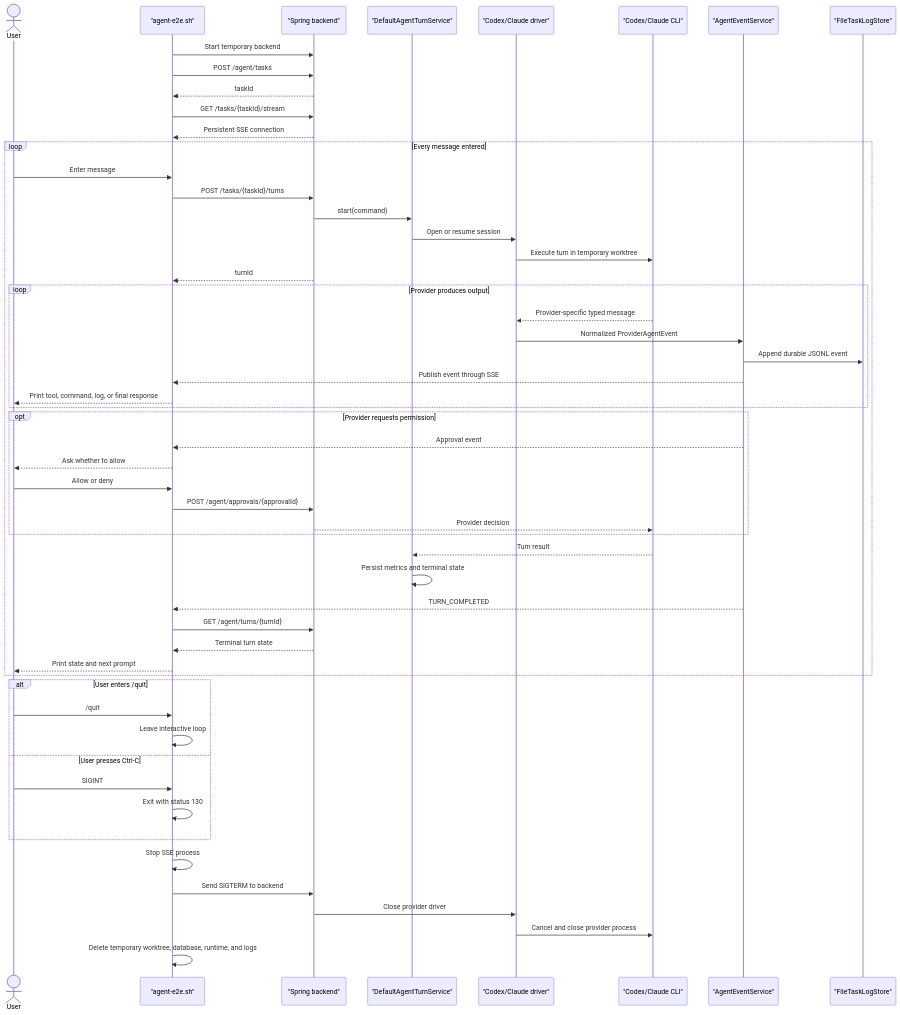
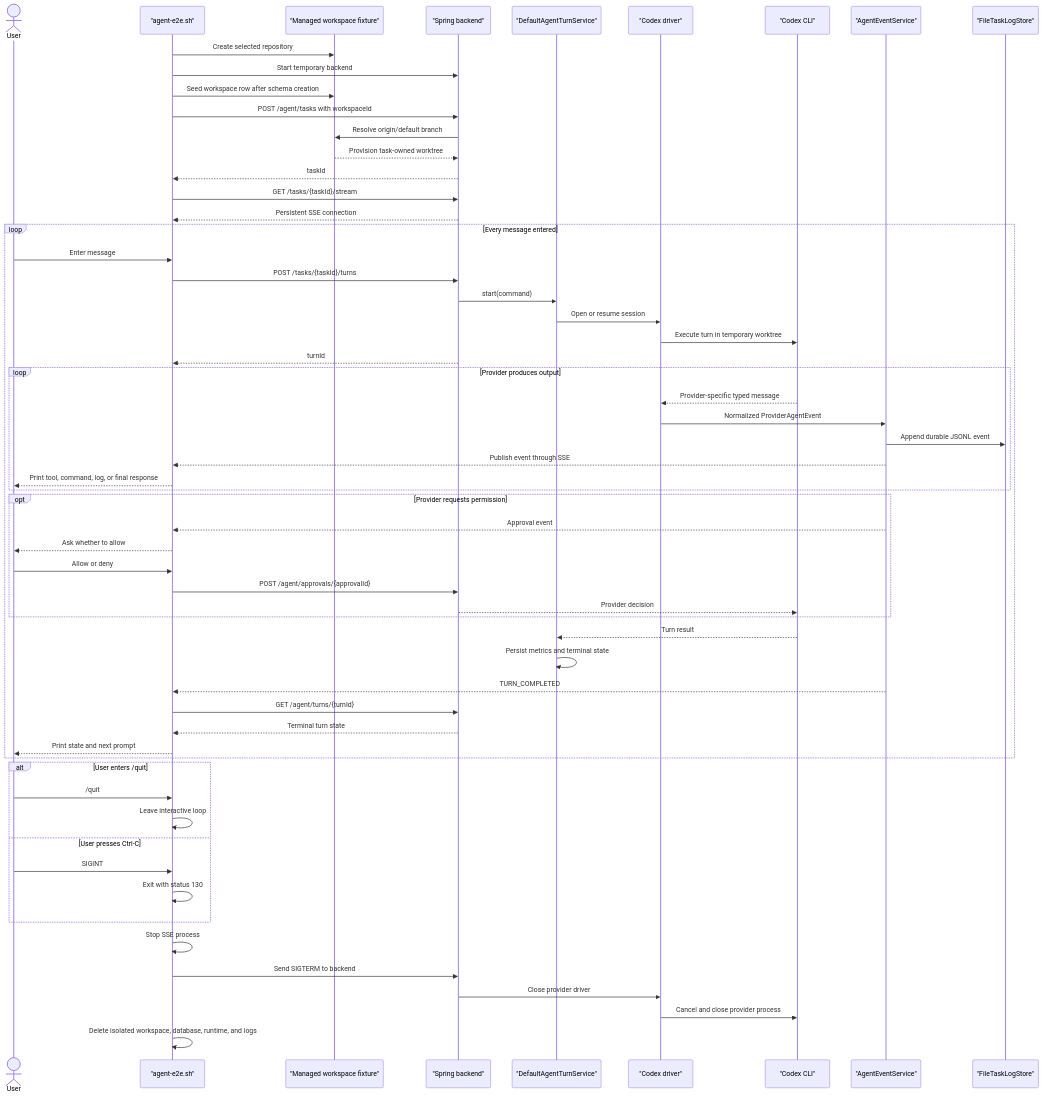
Before and after one commit to bytequay/bytequay: the diagram in docs/design/agent-e2e.md, drawn with Mermaid. The commit also changed other lines of this file and 23 other files, not shown here.

First line of the commit message:
Activate workspace-owned agent tasks

````diff
--- a/docs/design/agent-e2e.md
+++ b/docs/design/agent-e2e.md
@@ -53,63 +48,68 @@
 ```mermaid
 sequenceDiagram
     actor User
     participant Shell as "agent-e2e.sh"
+    participant Workspace as "Managed workspace fixture"
     participant API as "Spring backend"
     participant Turn as "DefaultAgentTurnService"
-    participant Driver as "Codex/Claude driver"
-    participant CLI as "Codex/Claude CLI"
+    participant Driver as "Codex driver"
+    participant CLI as "Codex CLI"
     participant Events as "AgentEventService"
     participant Log as "FileTaskLogStore"
 
+    Shell->>Workspace: Create selected repository
     Shell->>API: Start temporary backend
-    Shell->>API: POST /agent/tasks
+    Shell->>Workspace: Seed workspace row after schema creation
+    Shell->>API: POST /agent/tasks with workspaceId
+    API->>Workspace: Resolve origin/default branch
+    Workspace-->>API: Provision task-owned worktree
     API-->>Shell: taskId
     Shell->>API: GET /tasks/{taskId}/stream
     API-->>Shell: Persistent SSE connection
 
     loop Every message entered
         User->>Shell: Enter message
         Shell->>API: POST /tasks/{taskId}/turns
         API->>Turn: start(command)
         Turn->>Driver: Open or resume session
         Driver->>CLI: Execute turn in temporary worktree
         API-->>Shell: turnId
 
         loop Provider produces output
             CLI-->>Driver: Provider-specific typed message
             Driver->>Events: Normalized ProviderAgentEvent
             Events->>Log: Append durable JSONL event
             Events-->>Shell: Publish event through SSE
             Shell-->>User: Print tool, command, log, or final response
         end
 
         opt Provider requests permission
             Events-->>Shell: Approval event
             Shell-->>User: Ask whether to allow
             User->>Shell: Allow or deny
             Shell->>API: POST /agent/approvals/{approvalId}
             API-->>CLI: Provider decision
         end
 
         CLI-->>Turn: Turn result
         Turn->>Turn: Persist metrics and terminal state
         Events-->>Shell: TURN_COMPLETED
         Shell->>API: GET /agent/turns/{turnId}
         API-->>Shell: Terminal turn state
         Shell-->>User: Print state and next prompt
     end
 
     alt User enters /quit
         User->>Shell: /quit
         Shell->>Shell: Leave interactive loop
     else User presses Ctrl-C
         User->>Shell: SIGINT
         Shell->>Shell: Exit with status 130
     end
 
     Shell->>Shell: Stop SSE process
     Shell->>API: Send SIGTERM to backend
     API->>Driver: Close provider driver
     Driver->>CLI: Cancel and close provider process
-    Shell->>Shell: Delete temporary worktree, database, runtime, and logs
+    Shell->>Shell: Delete isolated workspace, database, runtime, and logs
 ```
````
